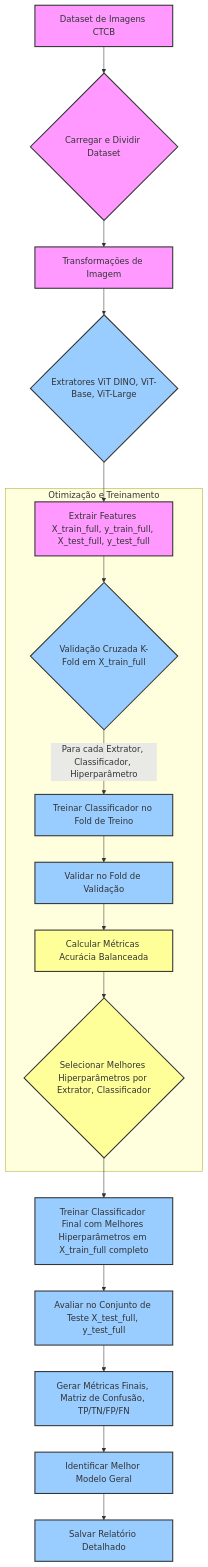
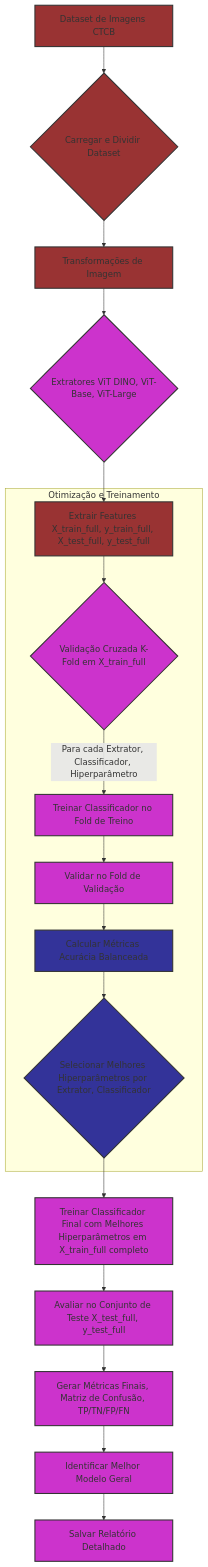
Before and after one commit to rafaelrpq/classificadores: the second of 2 diagrams in README.md, drawn with Mermaid.

````diff
--- a/README.md
+++ b/README.md
@@ -62,30 +62,30 @@
 ```mermaid
 graph TD
     A[Dataset de Imagens CTCB] --> B{Carregar e Dividir Dataset};
     B --> C[Transformações de Imagem];
     C --> D{Extratores ViT DINO, ViT-Base, ViT-Large};
     D --> E[Extrair Features X_train_full, y_train_full, X_test_full, y_test_full];
 
     subgraph "Otimização e Treinamento"
         E --> F{Validação Cruzada K-Fold em X_train_full};
         F -- Para cada Extrator, Classificador, Hiperparâmetro --> G[Treinar Classificador no Fold de Treino];
         G --> H[Validar no Fold de Validação];
         H --> I[Calcular Métricas Acurácia Balanceada];
         I --> J{Selecionar Melhores Hiperparâmetros por Extrator, Classificador};
     end
 
     J --> K[Treinar Classificador Final com Melhores Hiperparâmetros em X_train_full completo];
     K --> L[Avaliar no Conjunto de Teste X_test_full, y_test_full];
     L --> M[Gerar Métricas Finais, Matriz de Confusão, TP/TN/FP/FN];
     M --> N[Identificar Melhor Modelo Geral];
     N --> O[Salvar Relatório Detalhado];
 
-    classDef dataset fill:#f9f,stroke:#333,stroke-width:2px;
-    classDef process fill:#9cf,stroke:#333,stroke-width:2px;
-    classDef decision fill:#ff9,stroke:#333,stroke-width:2px;
-    classDef output fill:#9f9,stroke:#333,stroke-width:2px;
+    classDef dataset fill:#933,stroke:#333,stroke-width:2px;
+    classDef process fill:#c3c,stroke:#333,stroke-width:2px;
+    classDef decision fill:#339,stroke:#333,stroke-width:2px;
+    classDef output fill:#99f,stroke:#333,stroke-width:2px;
 
     class A,B,C,E dataset;
     class D,F,G,H,K,L,M,N,O process;
     class I,J decision;
 ```
````
